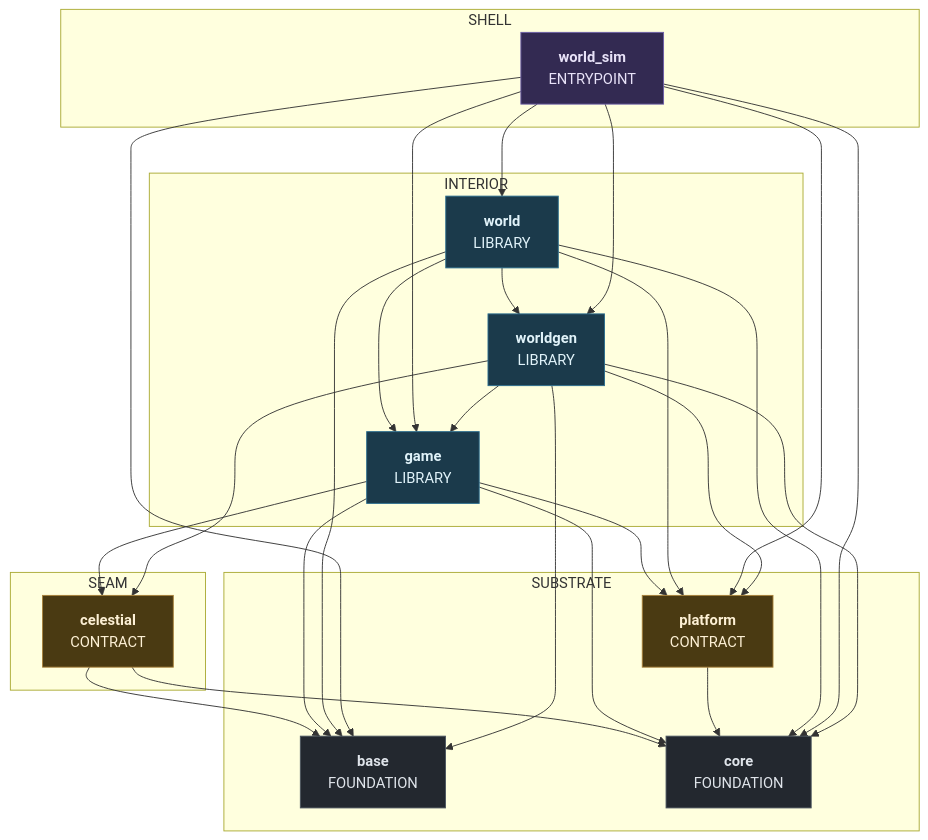
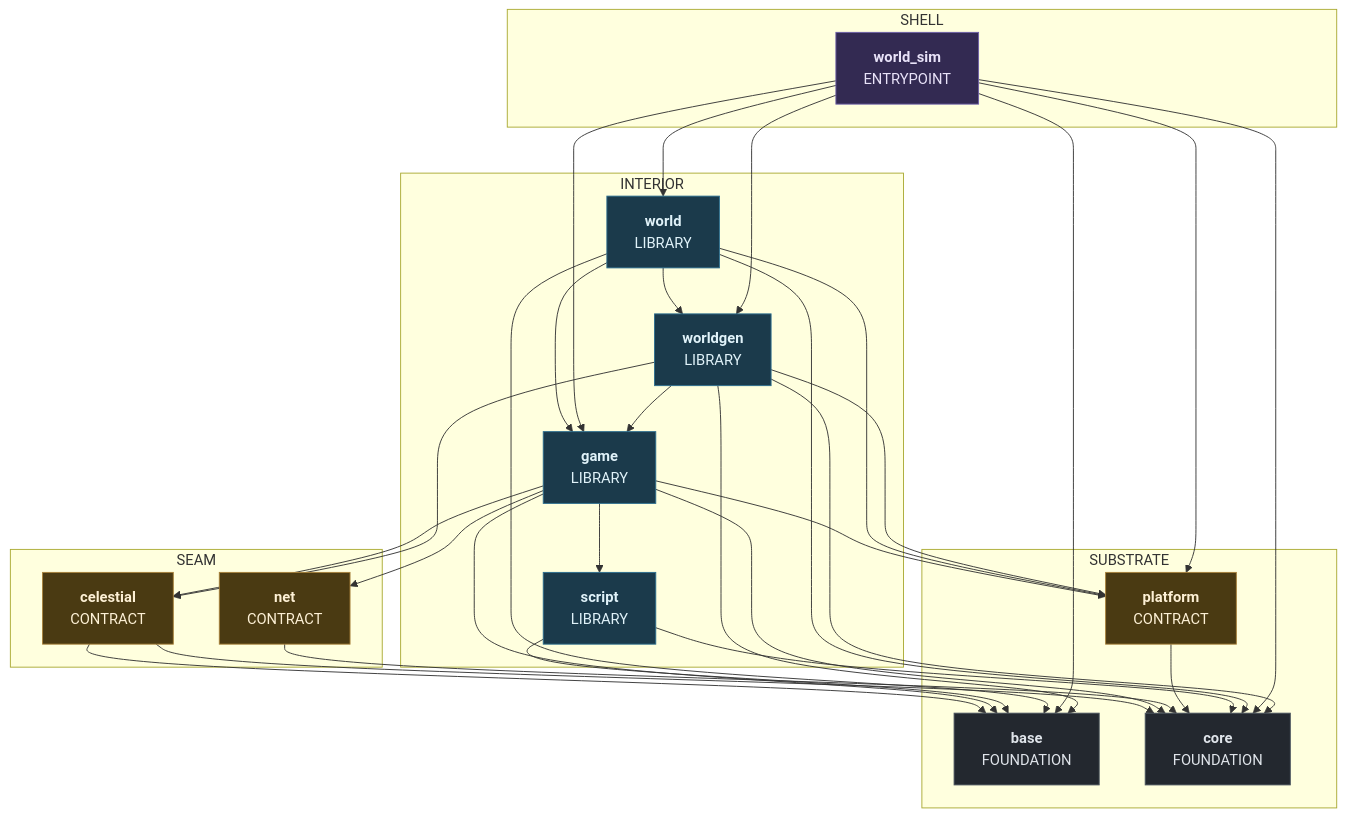
Before and after one commit to apnex/OpenStarbound: the eighth of 10 diagrams in docs/superpowers/specs/2026-08-01-sovereign-headless-client-design.md, drawn with Mermaid. The commit also changed other lines of this file and 2 other files, not shown here.

````diff
--- a/docs/superpowers/specs/2026-08-01-sovereign-headless-client-design.md
+++ b/docs/superpowers/specs/2026-08-01-sovereign-headless-client-design.md
@@ -1941,53 +2065,60 @@
 ```mermaid
 %% composition: world_sim
 flowchart TD
   subgraph Z_SUBSTRATE ["SUBSTRATE"]
     base["<b>base</b><br/>FOUNDATION"]
     core["<b>core</b><br/>FOUNDATION"]
     platform["<b>platform</b><br/>CONTRACT"]
   end
   subgraph Z_SEAM ["SEAM"]
     celestial["<b>celestial</b><br/>CONTRACT"]
+    net["<b>net</b><br/>CONTRACT"]
   end
   subgraph Z_INTERIOR ["INTERIOR"]
     game["<b>game</b><br/>LIBRARY"]
+    script["<b>script</b><br/>LIBRARY"]
     world["<b>world</b><br/>LIBRARY"]
     worldgen["<b>worldgen</b><br/>LIBRARY"]
   end
   subgraph Z_SHELL ["SHELL"]
     world_sim["<b>world_sim</b><br/>ENTRYPOINT"]
   end
   celestial --> base
   celestial --> core
   game --> base
   game --> celestial
   game --> core
+  game --> net
   game --> platform
+  game --> script
+  net --> core
   platform --> core
+  script --> base
+  script --> core
   world --> base
   world --> core
   world --> game
   world --> platform
   world --> worldgen
   world_sim --> base
   world_sim --> core
   world_sim --> game
   world_sim --> platform
   world_sim --> world
   world_sim --> worldgen
   worldgen --> base
   worldgen --> celestial
   worldgen --> core
   worldgen --> game
   worldgen --> platform
   classDef kFoundation fill:#23282f,stroke:#4a545e,color:#dfe4ea
   classDef kContract fill:#4a3a12,stroke:#a8813a,color:#fdf0d5
   classDef kBackend fill:#5c2020,stroke:#aa3333,color:#ffe5e5
   classDef kLibrary fill:#1b3a4b,stroke:#2c6e8f,color:#e0f2f9
   classDef kEntrypoint fill:#332a52,stroke:#6d5fa8,color:#e8e2f8
   classDef kElement fill:#1c1f25,stroke:#6b7482,color:#c2c9d4,stroke-dasharray:4 3
   class base,core kFoundation
-  class celestial,platform kContract
-  class game,world,worldgen kLibrary
+  class celestial,net,platform kContract
+  class game,script,world,worldgen kLibrary
   class world_sim kEntrypoint
 ```
````
